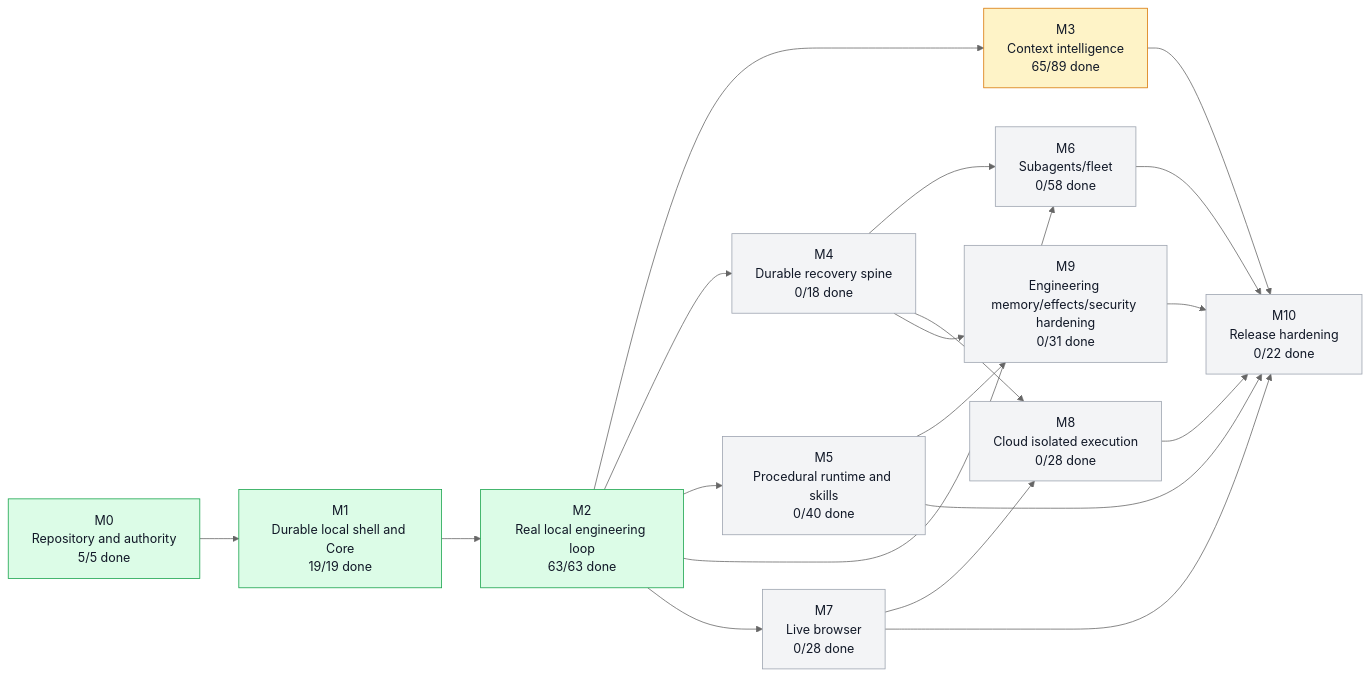
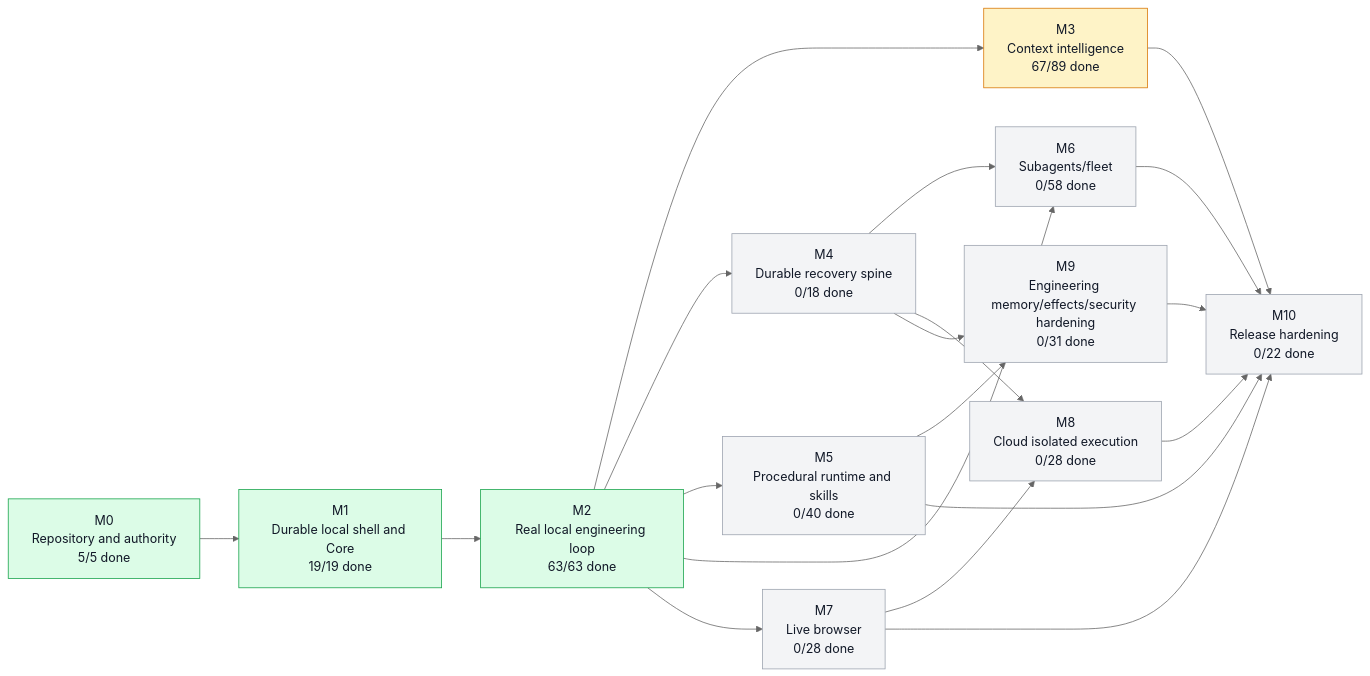
One commit to moss101/modbit changed the first of 5 diagrams in graph/PROJECT_GRAPH.md. Above: the diagram before and after it, drawn with Mermaid (neutral theme). The commit also changed other lines of this file and 21 other files, not shown here.

````diff
--- a/graph/PROJECT_GRAPH.md
+++ b/graph/PROJECT_GRAPH.md
@@ -57,43 +57,43 @@
 ```mermaid
 flowchart LR
   M0["M0<br/>Repository and authority<br/>5/5 done"]
   M1["M1<br/>Durable local shell and Core<br/>19/19 done"]
   M2["M2<br/>Real local engineering loop<br/>63/63 done"]
-  M3["M3<br/>Context intelligence<br/>65/89 done"]
+  M3["M3<br/>Context intelligence<br/>67/89 done"]
   M4["M4<br/>Durable recovery spine<br/>0/18 done"]
   M5["M5<br/>Procedural runtime and skills<br/>0/40 done"]
   M6["M6<br/>Subagents/fleet<br/>0/58 done"]
   M7["M7<br/>Live browser<br/>0/28 done"]
   M8["M8<br/>Cloud isolated execution<br/>0/28 done"]
   M9["M9<br/>Engineering memory/effects/security hardening<br/>0/31 done"]
   M10["M10<br/>Release hardening<br/>0/22 done"]
   M0 --> M1
   M1 --> M2
   M2 --> M3
   M2 --> M4
   M2 --> M5
   M2 --> M6
   M4 --> M6
   M2 --> M7
   M4 --> M8
   M7 --> M8
   M4 --> M9
   M5 --> M9
   M3 --> M10
   M5 --> M10
   M6 --> M10
   M7 --> M10
   M8 --> M10
   M9 --> M10
   style M0 fill:#dcfce7,stroke:#16a34a,color:#111827
   style M1 fill:#dcfce7,stroke:#16a34a,color:#111827
   style M2 fill:#dcfce7,stroke:#16a34a,color:#111827
   style M3 fill:#fef3c7,stroke:#d97706,color:#111827
   style M4 fill:#f3f4f6,stroke:#9ca3af,color:#111827
   style M5 fill:#f3f4f6,stroke:#9ca3af,color:#111827
   style M6 fill:#f3f4f6,stroke:#9ca3af,color:#111827
   style M7 fill:#f3f4f6,stroke:#9ca3af,color:#111827
   style M8 fill:#f3f4f6,stroke:#9ca3af,color:#111827
   style M9 fill:#f3f4f6,stroke:#9ca3af,color:#111827
   style M10 fill:#f3f4f6,stroke:#9ca3af,color:#111827
 ```
````
